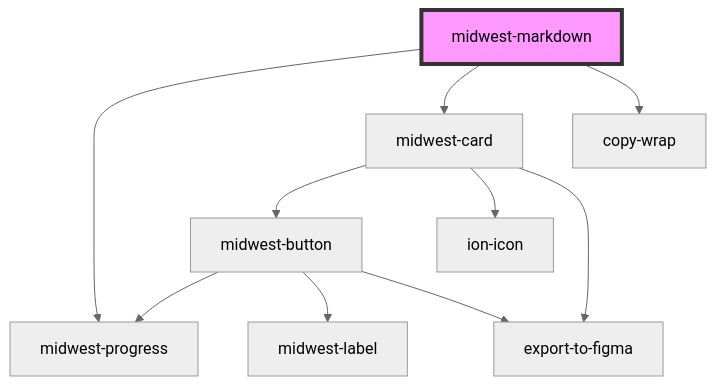
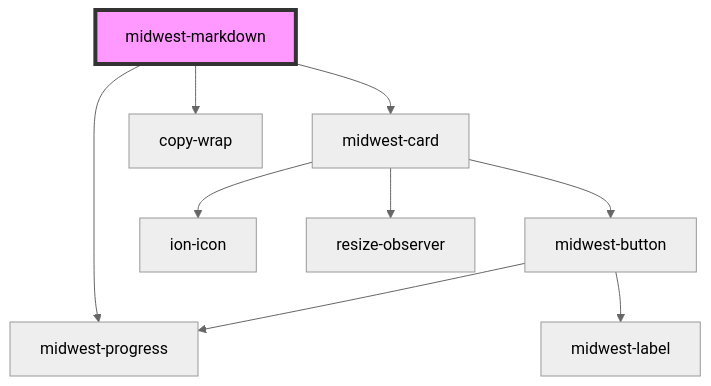
The diagram in packages/helpers/src/components/markdown/readme.md (splitinfinities/Midwest), drawn with Mermaid (neutral theme) before and after one commit. The commit also changed 48 other files, not shown here.

````diff
--- a/packages/helpers/src/components/markdown/readme.md
+++ b/packages/helpers/src/components/markdown/readme.md
@@ -49,13 +49,12 @@
 ```mermaid
 graph TD;
   midwest-markdown --> midwest-progress
   midwest-markdown --> midwest-card
   midwest-markdown --> copy-wrap
   midwest-card --> midwest-button
   midwest-card --> ion-icon
-  midwest-card --> export-to-figma
+  midwest-card --> resize-observer
   midwest-button --> midwest-progress
   midwest-button --> midwest-label
-  midwest-button --> export-to-figma
   style midwest-markdown fill:#f9f,stroke:#333,stroke-width:4px
 ```
````
